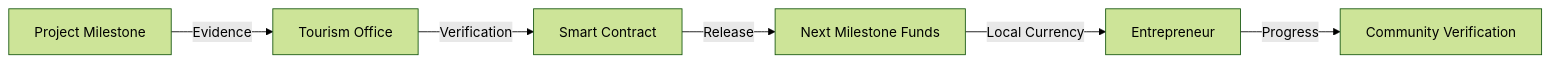
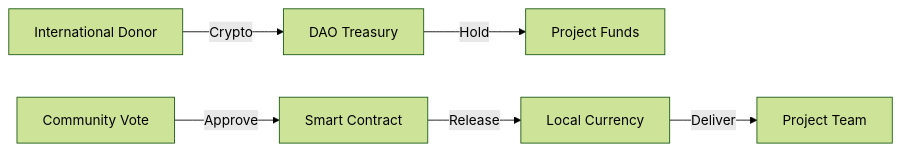
One commit to tapilew/equilibrio-alpha changed the second of 7 diagrams in README.md. Above: the diagram before and after it, drawn with Mermaid (forest theme). The commit also changed other lines of this file, not shown here.

Commit message:
docs: pivot to eco-grant dao

````diff
--- a/README.md
+++ b/README.md
@@ -33,8 +75,8 @@
    ```mermaid
    graph LR
-       A[Project Milestone] -->|Evidence| B[Tourism Office]
-       B -->|Verification| C[Smart Contract]
-       C -->|Release| D[Next Milestone Funds]
-       D -->|Local Currency| E[Entrepreneur]
-       E -->|Progress| F[Community Verification]
+       A[International Donor] -->|Crypto| B[DAO Treasury]
+       B -->|Hold| C[Project Funds]
+       D[Community Vote] -->|Approve| E[Smart Contract]
+       E -->|Release| F[Local Currency]
+       F -->|Deliver| G[Project Team]
    ```
````
